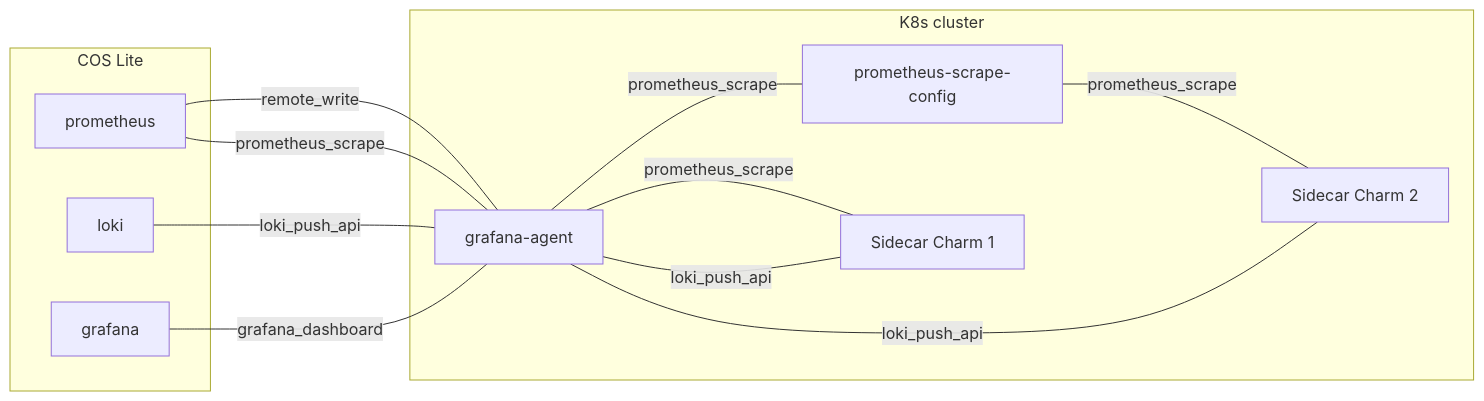
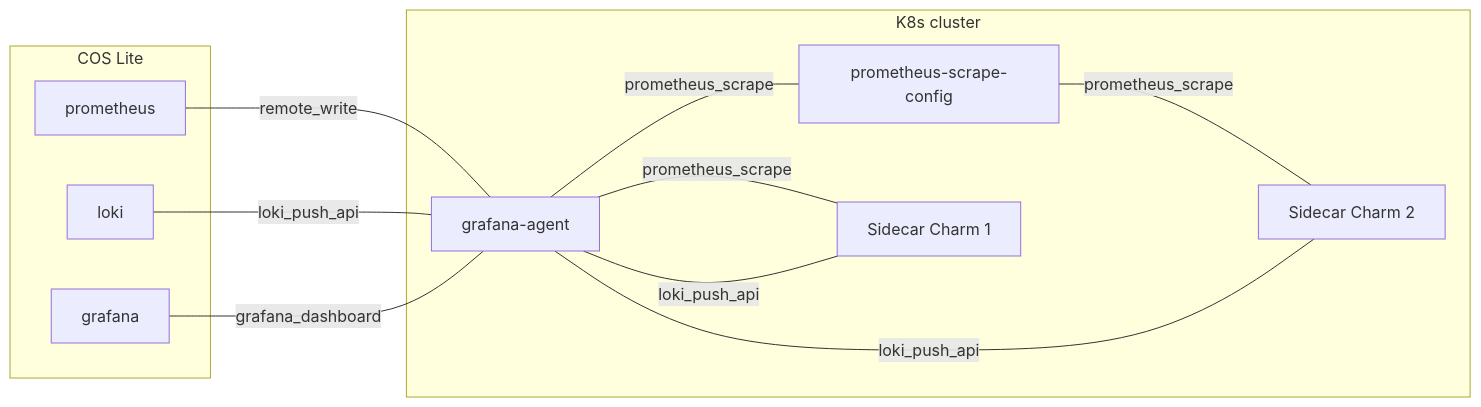
One commit to canonical/grafana-agent-k8s-operator changed the diagram in INTEGRATING.md. Above: the diagram before and after it, drawn with Mermaid.

Commit message:
Remove sel-monitoring relation in diagram

````diff
--- a/INTEGRATING.md
+++ b/INTEGRATING.md
@@ -278,25 +278,24 @@
 ```mermaid
 flowchart LR
     subgraph COS Lite
         prometheus
         loki
         grafana
     end
     subgraph K8s cluster
         prometheus               ---      |remote_write| grafana-agent
-        prometheus               ---      |prometheus_scrape| grafana-agent
         loki                     ---     |loki_push_api| grafana-agent
         grafana                  --- |grafana_dashboard| grafana-agent
         grafana-agent            --- |prometheus_scrape| prometheus-scrape-config
 
         grafana-agent            --- |prometheus_scrape| C1[Sidecar Charm 1]
         C1                       ---     |loki_push_api| grafana-agent
 
         prometheus-scrape-config --- |prometheus_scrape| C2[Sidecar Charm 2]
         C2                       ---     |loki_push_api| grafana-agent
     end
 
     click prometheus https://github.com/canonical/prometheus-k8s-operator/
     click loki https://github.com/canonical/loki-k8s-operator/
     click prometheus-scrape-config https://github.com/canonical/prometheus-scrape-config-k8s-operator/
 ```
````
